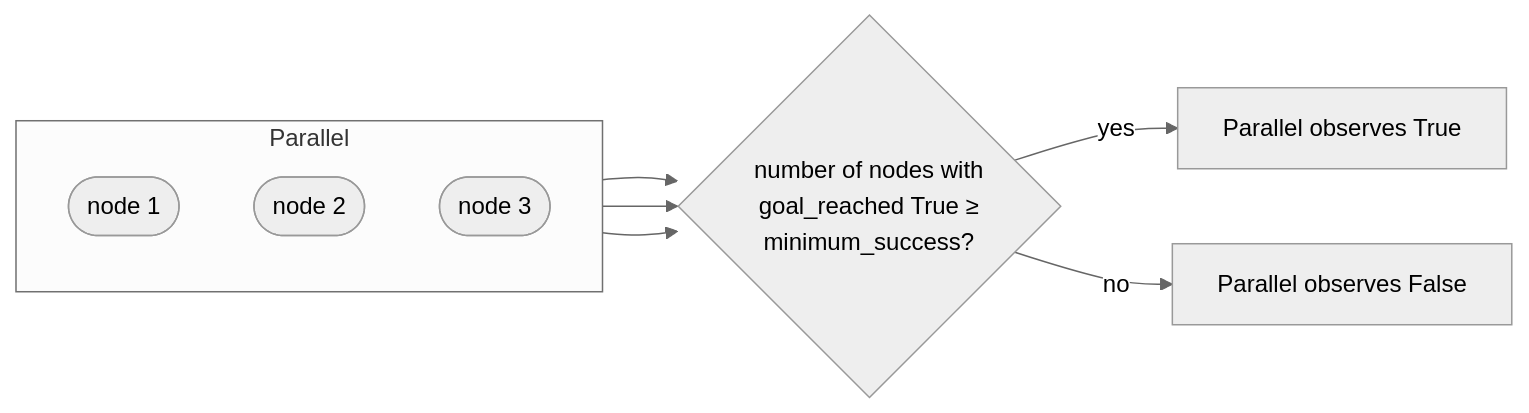
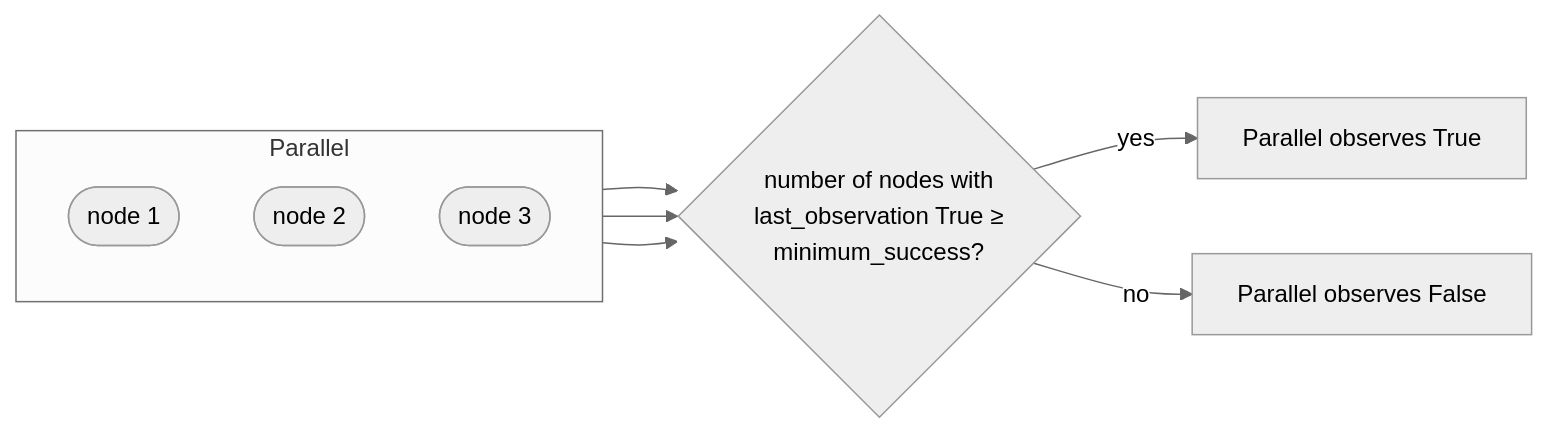
One commit to Tigul/cognitive_robot_abstract_machine changed the eighth of 11 diagrams in giskardpy/doc/motion_statecharts.md. Above: the diagram before and after it, drawn with Mermaid (neutral theme). The commit also changed other lines of this file and 16 other files, not shown here.

First line of the commit message:
refactor(motion_statechart): replace `goal_reached` with `last_observation` across codebase

````diff
--- a/giskardpy/doc/motion_statecharts.md
+++ b/giskardpy/doc/motion_statecharts.md
@@ -396,15 +388,15 @@
 ```{mermaid}
 flowchart LR
     subgraph parallel ["Parallel"]
         direction TB
         n1(["node 1"])
         n2(["node 2"])
         n3(["node 3"])
     end
-    count{"number of nodes with<br/>goal_reached True ≥<br/>minimum_success?"}
+    count{"number of nodes with<br/>last_observation True ≥<br/>minimum_success?"}
     n1 --> count
     n2 --> count
     n3 --> count
     count -- yes --> T["Parallel observes True"]
     count -- no --> Fa["Parallel observes False"]
 ```
````
